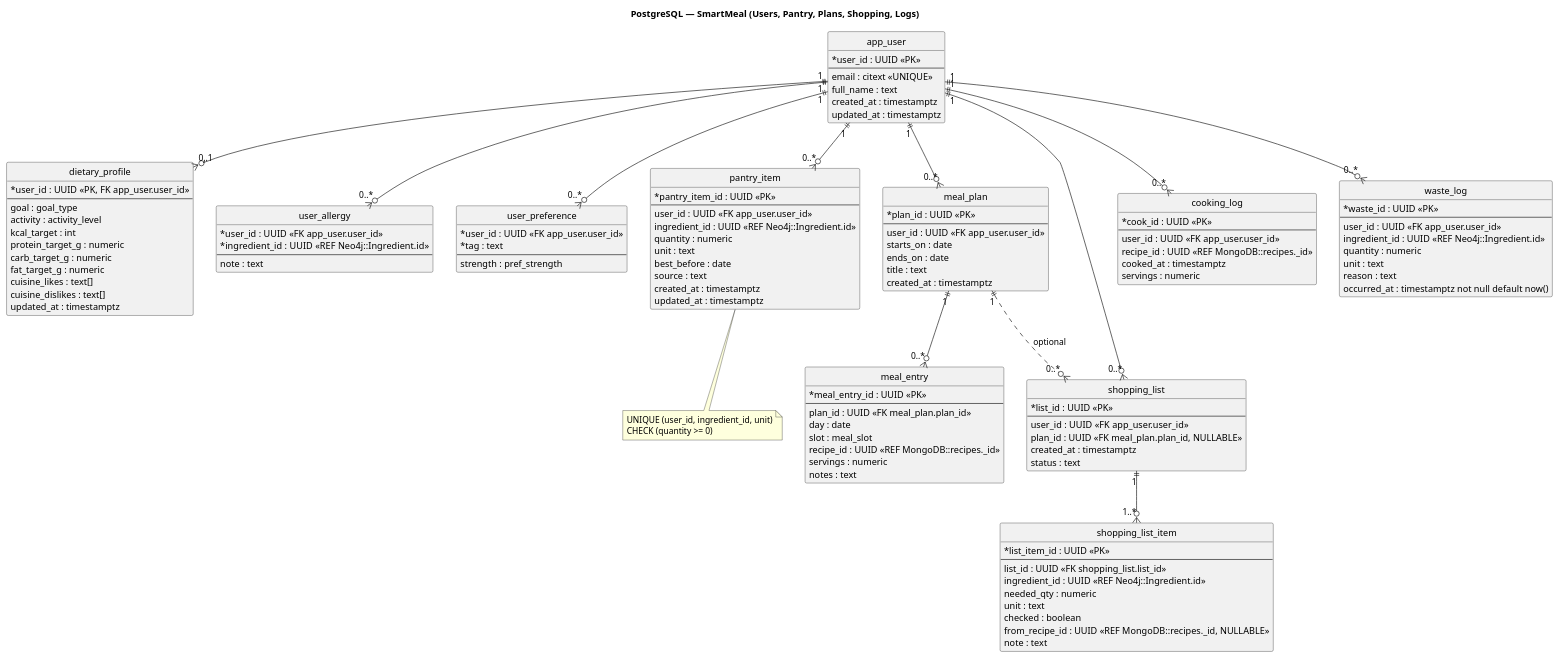
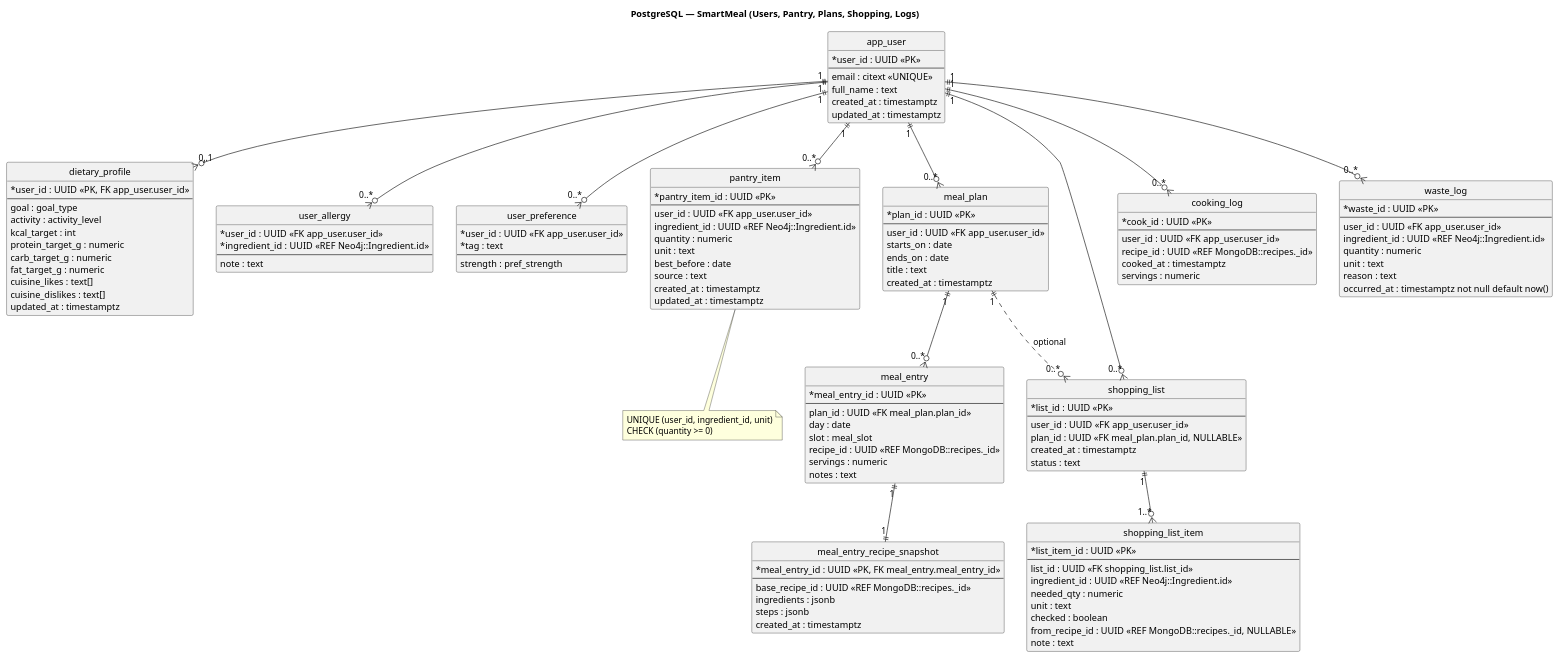
One commit to ErlisaLokaj/SmartMeal changed the diagram in diagram/PostgreSQL.puml. Above: the diagram before and after it, drawn with PlantUML. The commit also changed 2 other files, not shown here.

Commit message:
Fix some mistakes on diagram

```diff
--- a/diagram/PostgreSQL.puml
+++ b/diagram/PostgreSQL.puml
@@ -1,137 +1,147 @@
 @startuml PostgreSQL
 title PostgreSQL — SmartMeal (Users, Pantry, Plans, Shopping, Logs)
 hide circle
 skinparam classAttributeIconSize 0
 
 entity app_user {
   * user_id : UUID <<PK>>
   --
   email : citext <<UNIQUE>>
   full_name : text
   created_at : timestamptz
   updated_at : timestamptz
 }
 
 entity dietary_profile {
   * user_id : UUID <<PK, FK app_user.user_id>>
   --
   goal : goal_type
   activity : activity_level
   kcal_target : int
   protein_target_g : numeric
   carb_target_g : numeric
   fat_target_g : numeric
   cuisine_likes : text[]
   cuisine_dislikes : text[]
   updated_at : timestamptz
 }
 
 entity user_allergy {
   * user_id : UUID <<FK app_user.user_id>>
   * ingredient_id : UUID  <<REF Neo4j::Ingredient.id>>
   --
   note : text
 }
 
 entity user_preference {
   * user_id : UUID <<FK app_user.user_id>>
   * tag : text
   --
   strength : pref_strength
+}
+
+entity meal_entry_recipe_snapshot {
+  * meal_entry_id : UUID <<PK, FK meal_entry.meal_entry_id>>
+  --
+  base_recipe_id : UUID <<REF MongoDB::recipes._id>>
+  ingredients : jsonb
+  steps : jsonb
+  created_at : timestamptz
 }
 
 entity pantry_item {
   * pantry_item_id : UUID <<PK>>
   --
   user_id : UUID <<FK app_user.user_id>>
   ingredient_id : UUID <<REF Neo4j::Ingredient.id>>
   quantity : numeric
   unit : text
   best_before : date
   source : text
   created_at : timestamptz
   updated_at : timestamptz
 }
 note bottom of pantry_item
 UNIQUE (user_id, ingredient_id, unit)
 CHECK (quantity >= 0)
 end note
 
 entity meal_plan {
   * plan_id : UUID <<PK>>
   --
   user_id : UUID <<FK app_user.user_id>>
   starts_on : date
   ends_on : date
   title : text
   created_at : timestamptz
 }
 
 entity meal_entry {
   * meal_entry_id : UUID <<PK>>
   --
   plan_id : UUID <<FK meal_plan.plan_id>>
   day : date
   slot : meal_slot
   recipe_id : UUID <<REF MongoDB::recipes._id>>
   servings : numeric
   notes : text
 }
 
 entity shopping_list {
   * list_id : UUID <<PK>>
   --
   user_id : UUID <<FK app_user.user_id>>
   plan_id : UUID <<FK meal_plan.plan_id, NULLABLE>>
   created_at : timestamptz
   status : text
 }
 
 entity shopping_list_item {
   * list_item_id : UUID <<PK>>
   --
   list_id : UUID <<FK shopping_list.list_id>>
   ingredient_id : UUID <<REF Neo4j::Ingredient.id>>
   needed_qty : numeric
   unit : text
   checked : boolean
   from_recipe_id : UUID <<REF MongoDB::recipes._id, NULLABLE>>
   note : text
 }
 
 entity cooking_log {
   * cook_id : UUID <<PK>>
   --
   user_id : UUID <<FK app_user.user_id>>
   recipe_id : UUID <<REF MongoDB::recipes._id>>
   cooked_at : timestamptz
   servings : numeric
 }
 
 entity waste_log {
   * waste_id : UUID <<PK>>
   --
   user_id : UUID <<FK app_user.user_id>>
   ingredient_id : UUID <<REF Neo4j::Ingredient.id>>
   quantity : numeric
   unit : text
   reason : text
   occurred_at : timestamptz not null default now()
 }
 
 ' Multiplicities shown in quotes:
+meal_entry "1" ||--|| "1" meal_entry_recipe_snapshot
 app_user "1" ||--o{ "0..1" dietary_profile
 app_user "1" ||--o{ "0..*" user_allergy
 app_user "1" ||--o{ "0..*" user_preference
 app_user "1" ||--o{ "0..*" pantry_item
 app_user "1" ||--o{ "0..*" meal_plan
 meal_plan "1" ||--o{ "0..*" meal_entry
 app_user "1" ||--o{ "0..*" shopping_list
 shopping_list "1" ||--o{ "1..*" shopping_list_item
 app_user "1" ||--o{ "0..*" cooking_log
 app_user "1" ||--o{ "0..*" waste_log
 
 ' Optional link: a plan may have many lists; a list may belong to 0..1 plan
 meal_plan "1" ||..o{ "0..*" shopping_list : optional
 
 @enduml
```
